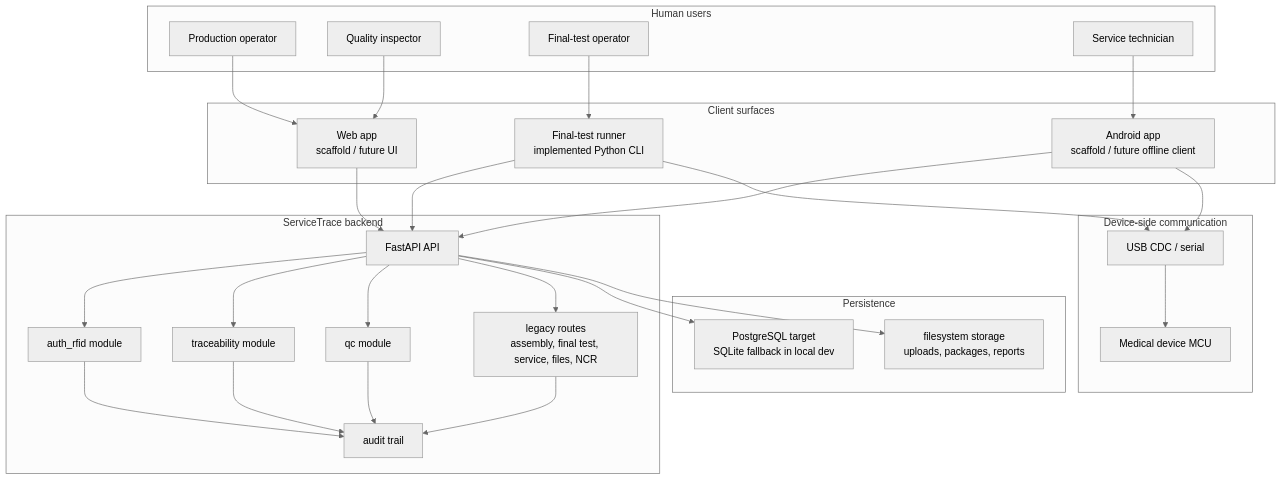
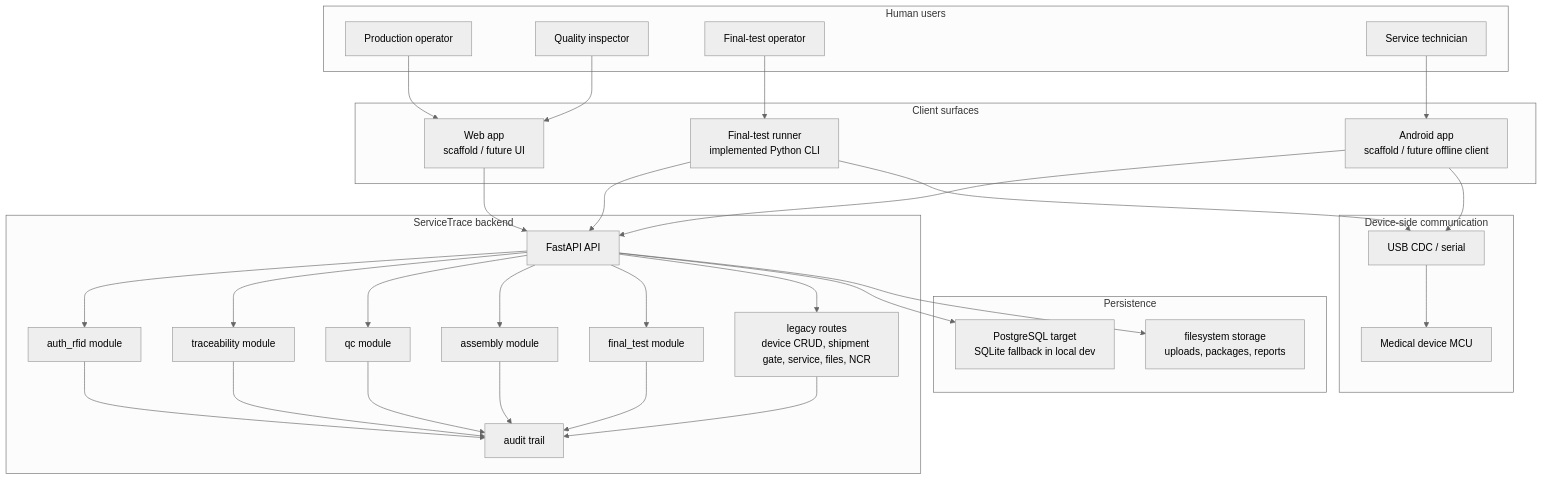
One commit to cichonmichal76-collab/quality changed the diagram in docs/diagrams/system-architecture.md. Above: the diagram before and after it, drawn with Mermaid (neutral theme). The commit also changed other lines of this file and 9 other files, not shown here.

Commit message:
move-assembly-and-final-test-to-modules

````diff
--- a/docs/diagrams/system-architecture.md
+++ b/docs/diagrams/system-architecture.md
@@ -9,59 +9,65 @@
 ```mermaid
 graph TD
     subgraph Users["Human users"]
         PROD["Production operator"]
         QUAL["Quality inspector"]
         TEST["Final-test operator"]
         TECH["Service technician"]
     end
 
     subgraph Clients["Client surfaces"]
         WEB["Web app<br/>scaffold / future UI"]
         RUNNER["Final-test runner<br/>implemented Python CLI"]
         MOBILE["Android app<br/>scaffold / future offline client"]
     end
 
     subgraph Backend["ServiceTrace backend"]
         API["FastAPI API"]
         AUTH["auth_rfid module"]
         TRACE["traceability module"]
         QC["qc module"]
-        LEGACY["legacy routes<br/>assembly, final test, service, files, NCR"]
+        ASSEMBLY["assembly module"]
+        FINALTEST["final_test module"]
+        LEGACY["legacy routes<br/>device CRUD, shipment gate, service, files, NCR"]
         AUDIT["audit trail"]
     end
 
     subgraph Data["Persistence"]
         DB["PostgreSQL target<br/>SQLite fallback in local dev"]
         FILES["filesystem storage<br/>uploads, packages, reports"]
     end
 
     subgraph DeviceSide["Device-side communication"]
         MCU["Medical device MCU"]
         USB["USB CDC / serial"]
     end
 
     PROD --> WEB
     QUAL --> WEB
     TEST --> RUNNER
     TECH --> MOBILE
 
     WEB --> API
     RUNNER --> API
     MOBILE --> API
 
     API --> AUTH
     API --> TRACE
     API --> QC
+    API --> ASSEMBLY
+    API --> FINALTEST
     API --> LEGACY
     AUTH --> AUDIT
     TRACE --> AUDIT
     QC --> AUDIT
+    ASSEMBLY --> AUDIT
+    FINALTEST --> AUDIT
     LEGACY --> AUDIT
 
     API --> DB
     API --> FILES
 
     RUNNER --> USB
     MOBILE --> USB
     USB --> MCU
 ```
````
